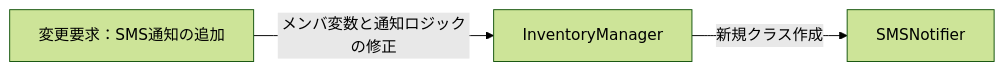
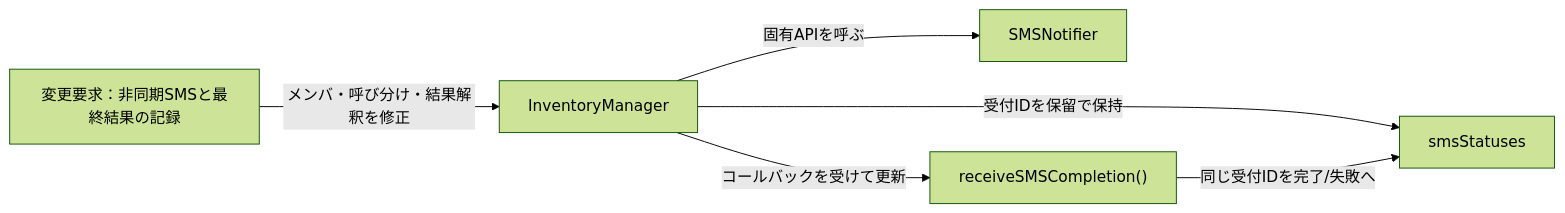
One commit to kumachan1101-pixel/DesignPattern changed the sixth of 16 diagrams in kindle/design-patterns/output/chapter07.md. Above: the diagram before and after it, drawn with Mermaid (forest theme). The commit also changed other lines of this file and 23 other files, not shown here.

````diff
--- a/kindle/design-patterns/output/chapter07.md
+++ b/kindle/design-patterns/output/chapter07.md
@@ -947,7 +1101,10 @@
 ```mermaid
 graph LR
-    T1["変更要求：SMS通知の追加"]
-        -->|"メンバ変数と通知ロジックの修正"| A["InventoryManager"]
-    A -->|"新規クラス作成"| B["SMSNotifier"]
+    T1["変更要求：非同期SMSと最終結果の記録"]
+        -->|"メンバ・呼び分け・結果解釈を修正"| A["InventoryManager"]
+    A -->|"固有APIを呼ぶ"| B["SMSNotifier"]
+    A -->|"受付IDを保留で保持"| C["smsStatuses"]
+    A -->|"コールバックを受けて更新"| D["receiveSMSCompletion()"]
+    D -->|"同じ受付IDを完了/失敗へ"| C
 
 ```
````
